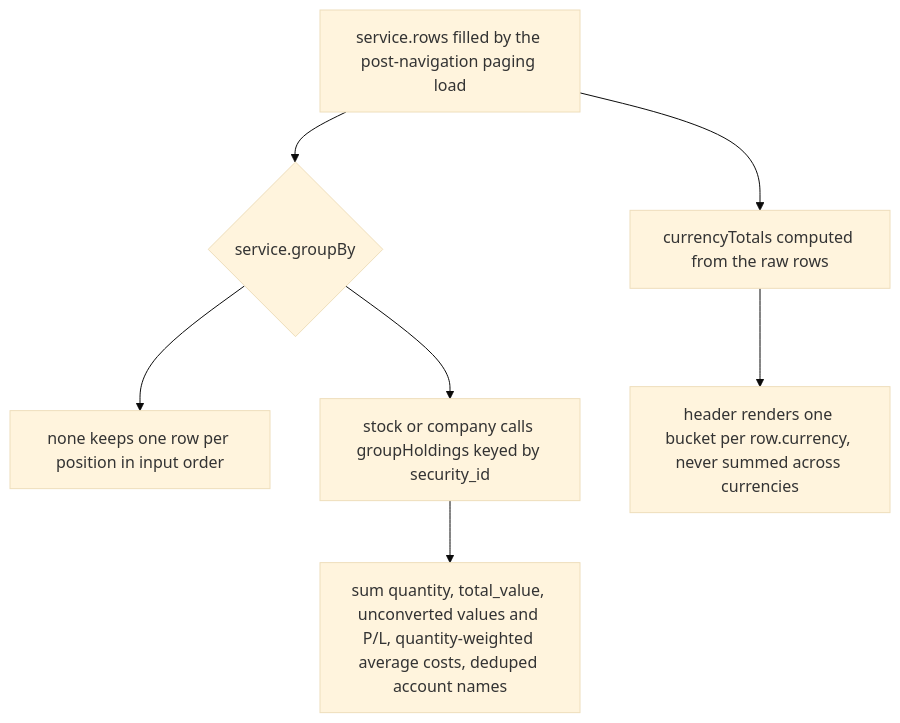
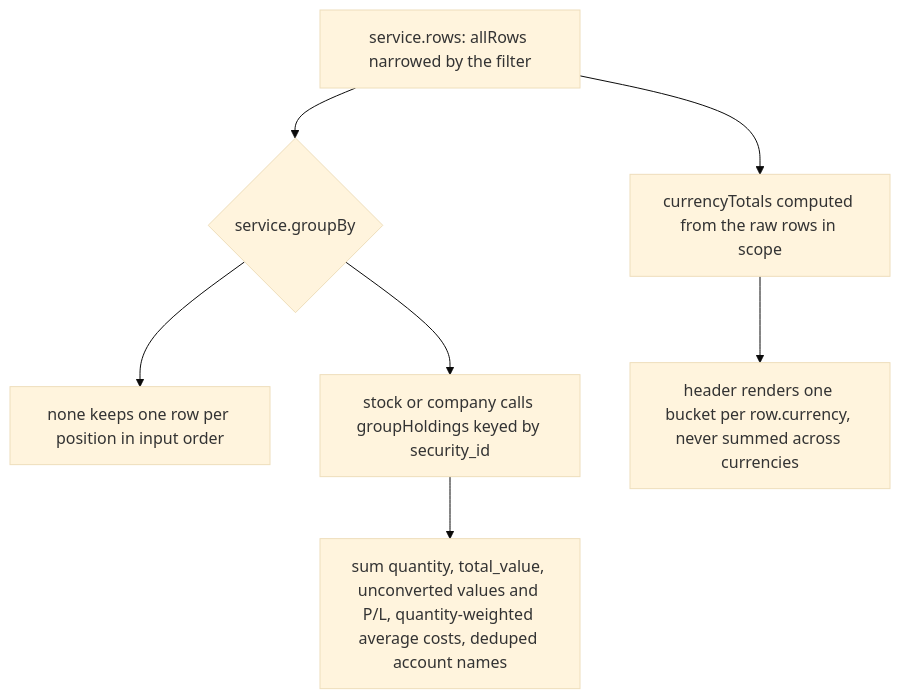
One commit to havekes/retail-portfolio changed the third of 3 diagrams in openwiki/workflows/accounts-and-holdings-views.md. Above: the diagram before and after it, drawn with Mermaid (base theme). The commit also changed other lines of this file and 51 other files, not shown here.

````diff
--- a/openwiki/workflows/accounts-and-holdings-views.md
+++ b/openwiki/workflows/accounts-and-holdings-views.md
@@ -418,9 +549,9 @@
 ```mermaid
 flowchart TD
-    Rows["service.rows filled by the post-navigation paging load"] --> Mode{"service.groupBy"}
+    Rows["service.rows: allRows narrowed by the filter"] --> Mode{"service.groupBy"}
     Mode --> Flat["none keeps one row per position in input order"]
     Mode --> Stock["stock or company calls groupHoldings keyed by security_id"]
     Stock --> Sums["sum quantity, total_value, unconverted values and P/L, quantity-weighted average costs, deduped account names"]
-    Rows --> Buckets["currencyTotals computed from the raw rows"]
+    Rows --> Buckets["currencyTotals computed from the raw rows in scope"]
     Buckets --> Render["header renders one bucket per row.currency, never summed across currencies"]
 ```
````
